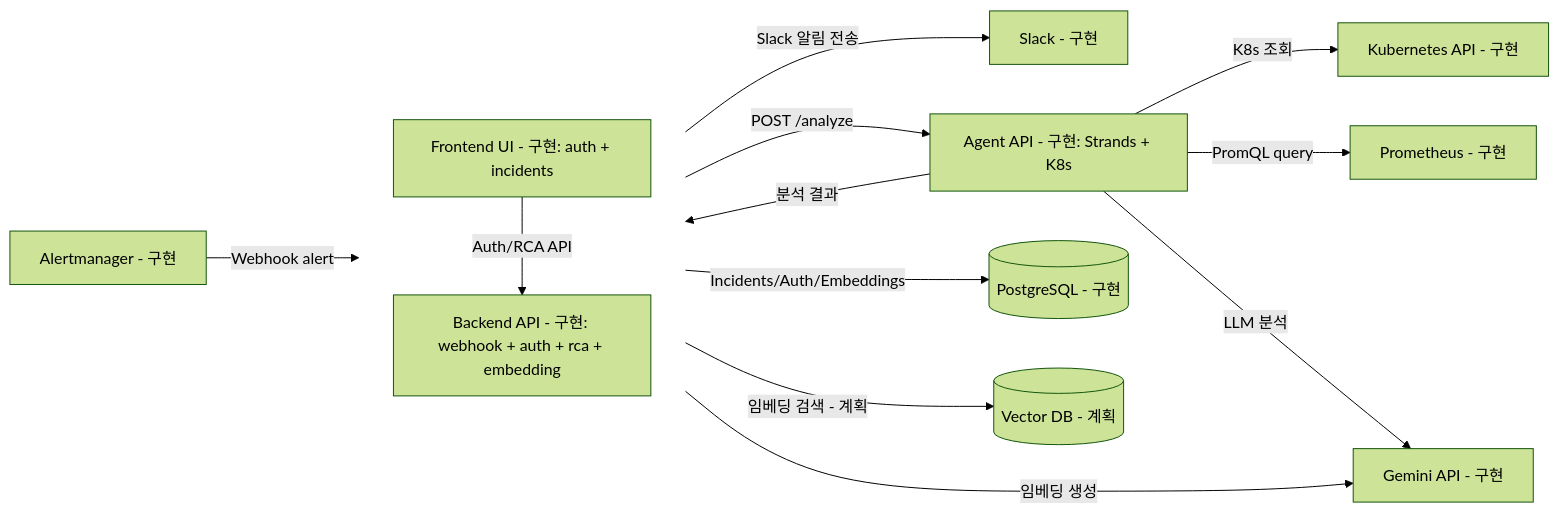
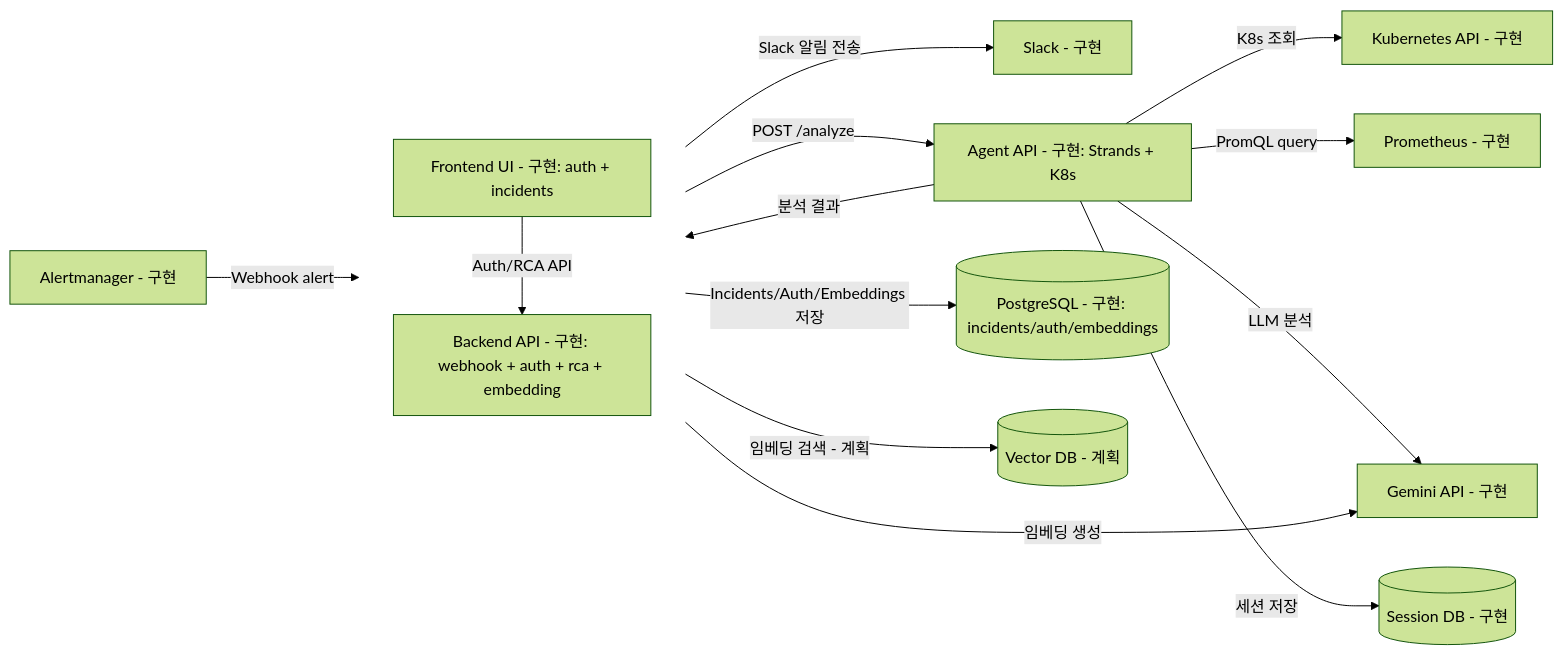
One commit to kube-rca/kuberca changed the diagram in docs/diagrams/system_context_diagram.md. Above: the diagram before and after it, drawn with Mermaid (forest theme). The commit also changed 3 other files, not shown here.

Commit message:
docs(diagrams): sync with deployment config

````diff
--- a/docs/diagrams/system_context_diagram.md
+++ b/docs/diagrams/system_context_diagram.md
@@ -1,36 +1,38 @@
 ```mermaid
 flowchart LR
   %% External
   AM[Alertmanager - 구현]
   SL[Slack - 구현]
   LLM[Gemini API - 구현]
   PR[Prometheus - 구현]
   K8S[Kubernetes API - 구현]
 
   %% Internal
   subgraph Core[" "]
     direction TB
     FE[Frontend UI - 구현: auth + incidents]
     BE[Backend API - 구현: webhook + auth + rca + embedding]
   end
   style Core fill:transparent,stroke:transparent
 
   AG[Agent API - 구현: Strands + K8s]
-  PG[(PostgreSQL - 구현)]
+  PG[(PostgreSQL - 구현: incidents/auth/embeddings)]
+  SDB[(Session DB - 구현)]
   VDB[(Vector DB - 계획)]
 
   AM -->|Webhook alert| BE
   BE -->|Slack 알림 전송| SL
 
   FE -->|Auth/RCA API| BE
   BE -->|POST /analyze| AG
   AG -->|분석 결과| BE
 
   AG -->|K8s 조회| K8S
   AG -->|PromQL query| PR
   AG -->|LLM 분석| LLM
   BE -->|임베딩 생성| LLM
 
-  BE -->|Incidents/Auth/Embeddings| PG
+  BE -->|Incidents/Auth/Embeddings 저장| PG
+  AG -->|세션 저장| SDB
   BE -->|임베딩 검색 - 계획| VDB
 ```
````
